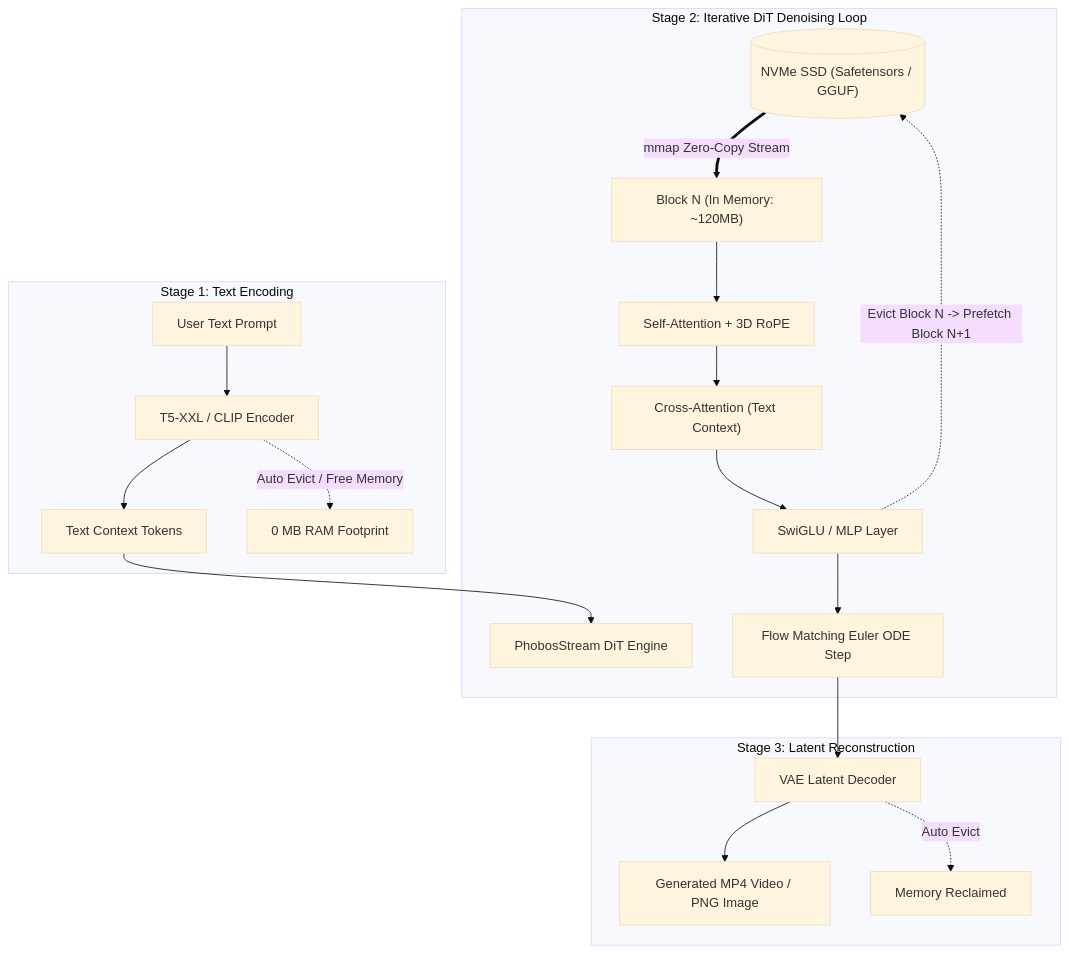
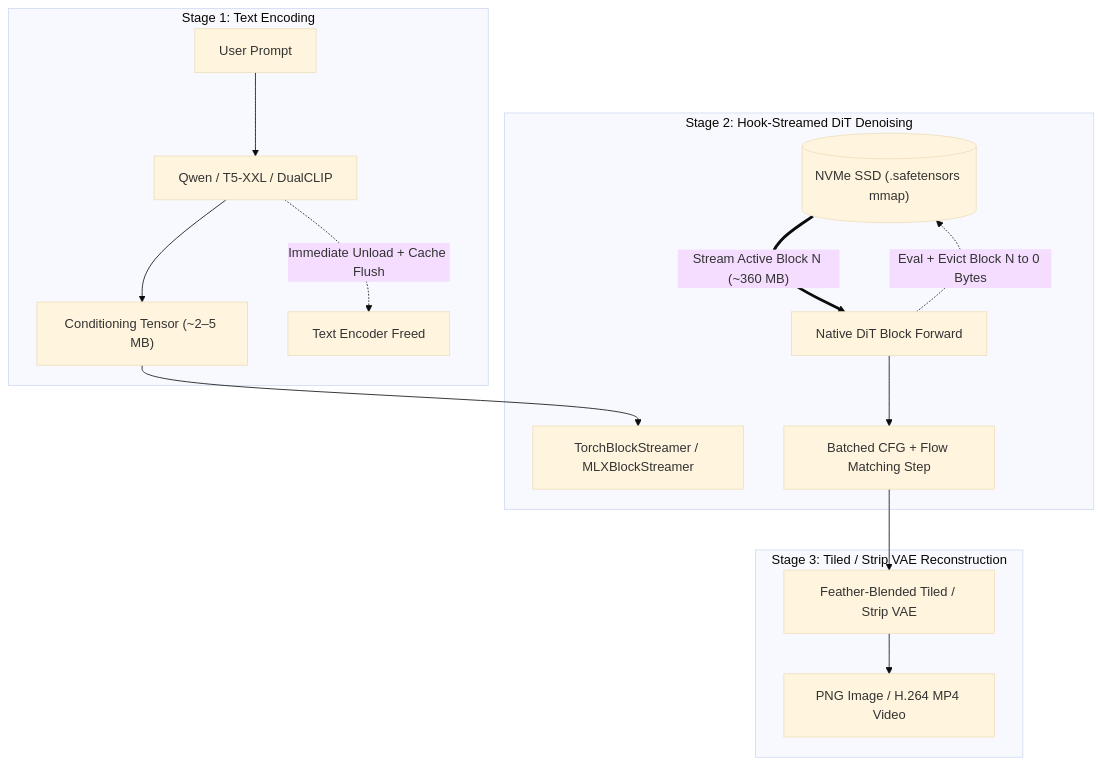
The diagram in README.md (martianacademy/phobos-stream), drawn with Mermaid (base theme) before and after one commit. The commit also changed other lines of this file and 36 other files, not shown here.

Commit message:
feat: add hook-based PyTorch & MLX block streamers, native BF16 mmap, batched CFG, MP4 export, and verified 19.5GB benchmarks

````diff
--- a/README.md
+++ b/README.md
@@ -75,24 +36,20 @@
 ```mermaid
 flowchart TD
     subgraph STAGE1["Stage 1: Text Encoding"]
-        P["User Text Prompt"] --> TE["T5-XXL / CLIP Encoder"]
-        TE --> EMB["Text Context Tokens"]
-        TE -.->|"Auto Evict / Free Memory"| RAM1["0 MB RAM Footprint"]
+        P["User Prompt"] --> TE["Qwen / T5-XXL / DualCLIP"]
+        TE --> EMB["Conditioning Tensor (~2–5 MB)"]
+        TE -.->|"Immediate Unload + Cache Flush"| FREE1["Text Encoder Freed"]
     end
 
-    subgraph STAGE2["Stage 2: Iterative DiT Denoising Loop"]
-        EMB --> DIT["PhobosStream DiT Engine"]
-        NVME[("NVMe SSD (Safetensors / GGUF)")] ==>|"mmap Zero-Copy Stream"| BLK["Block N (In Memory: ~120MB)"]
-        BLK --> ATTR["Self-Attention + 3D RoPE"]
-        ATTR --> CRSS["Cross-Attention (Text Context)"]
-        CRSS --> FFN["SwiGLU / MLP Layer"]
-        FFN -.->|"Evict Block N -> Prefetch Block N+1"| NVME
-        FFN --> SCHED["Flow Matching Euler ODE Step"]
+    subgraph STAGE2["Stage 2: Hook-Streamed DiT Denoising"]
+        EMB --> DIT["TorchBlockStreamer / MLXBlockStreamer"]
+        NVME[("NVMe SSD (.safetensors mmap)")] ==>|"Stream Active Block N (~360 MB)"| BLK["Native DiT Block Forward"]
+        BLK -.->|"Eval + Evict Block N to 0 Bytes"| NVME
+        BLK --> ODE["Batched CFG + Flow Matching Step"]
     end
 
-    subgraph STAGE3["Stage 3: Latent Reconstruction"]
-        SCHED --> VAE["VAE Latent Decoder"]
-        VAE --> OUT["Generated MP4 Video / PNG Image"]
-        VAE -.->|"Auto Evict"| RAM3["Memory Reclaimed"]
+    subgraph STAGE3["Stage 3: Tiled / Strip VAE Reconstruction"]
+        ODE --> VAE["Feather-Blended Tiled / Strip VAE"]
+        VAE --> OUT["PNG Image / H.264 MP4 Video"]
     end
 ```
````
